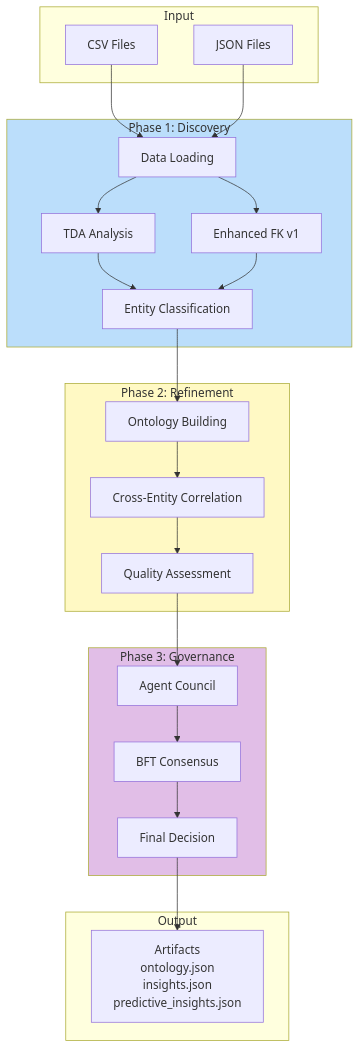
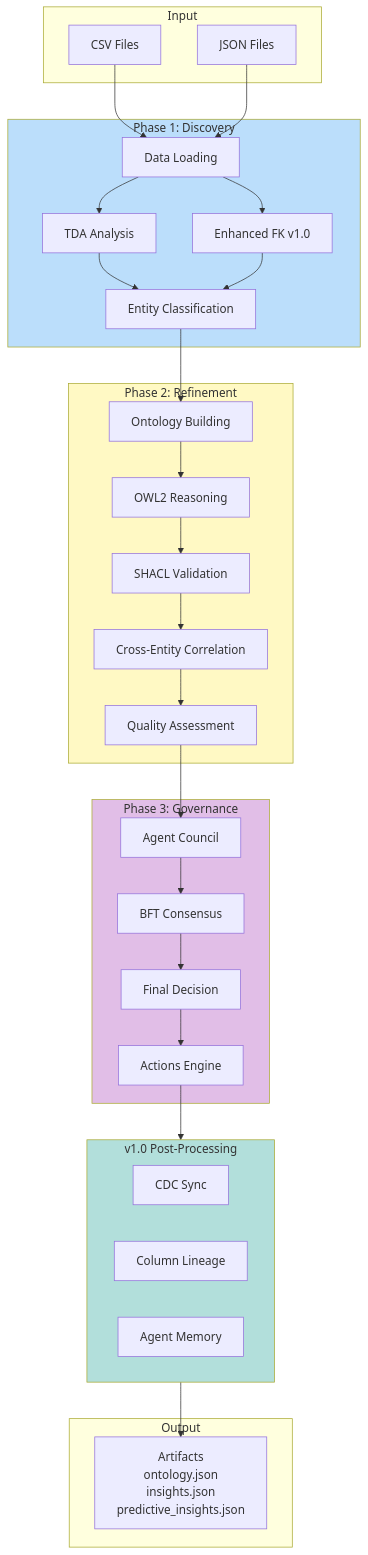
The tenth of 10 diagrams in docs/diagrams/README.md (sabill123/ontology), drawn with Mermaid before and after one commit. The commit also changed other lines of this file and 176 other files, not shown here.

````diff
--- a/docs/diagrams/README.md
+++ b/docs/diagrams/README.md
@@ -282,45 +399,58 @@
 ```mermaid
 graph TD
     subgraph Input
         CSV[CSV Files]
         JSON[JSON Files]
     end
 
     subgraph Phase1[Phase 1: Discovery]
         Load[Data Loading]
         TDA[TDA Analysis]
-        FK[Enhanced FK v1]
+        FK[Enhanced FK v1.0]
         Entity[Entity Classification]
     end
 
     subgraph Phase2[Phase 2: Refinement]
         Onto[Ontology Building]
+        OWL[OWL2 Reasoning]
+        SHACL[SHACL Validation]
         CEC[Cross-Entity Correlation]
         Quality[Quality Assessment]
     end
 
     subgraph Phase3[Phase 3: Governance]
         Council[Agent Council]
         Consensus[BFT Consensus]
         Decision[Final Decision]
+        Actions[Actions Engine]
+    end
+
+    subgraph V16_Post["v1.0 Post-Processing"]
+        CDC[CDC Sync]
+        Lineage[Column Lineage]
+        Memory[Agent Memory]
     end
 
     subgraph Output
         Artifacts[Artifacts<br/>ontology.json<br/>insights.json<br/>predictive_insights.json]
     end
 
     CSV & JSON --> Load
     Load --> TDA & FK
     TDA & FK --> Entity
     Entity --> Onto
-    Onto --> CEC
+    Onto --> OWL --> SHACL
+    SHACL --> CEC
     CEC --> Quality
     Quality --> Council
     Council --> Consensus
     Consensus --> Decision
-    Decision --> Artifacts
+    Decision --> Actions
+    Actions --> V16_Post
+    V16_Post --> Artifacts
 
     style Phase1 fill:#bbdefb
     style Phase2 fill:#fff9c4
     style Phase3 fill:#e1bee7
+    style V16_Post fill:#b2dfdb
 ```
````
